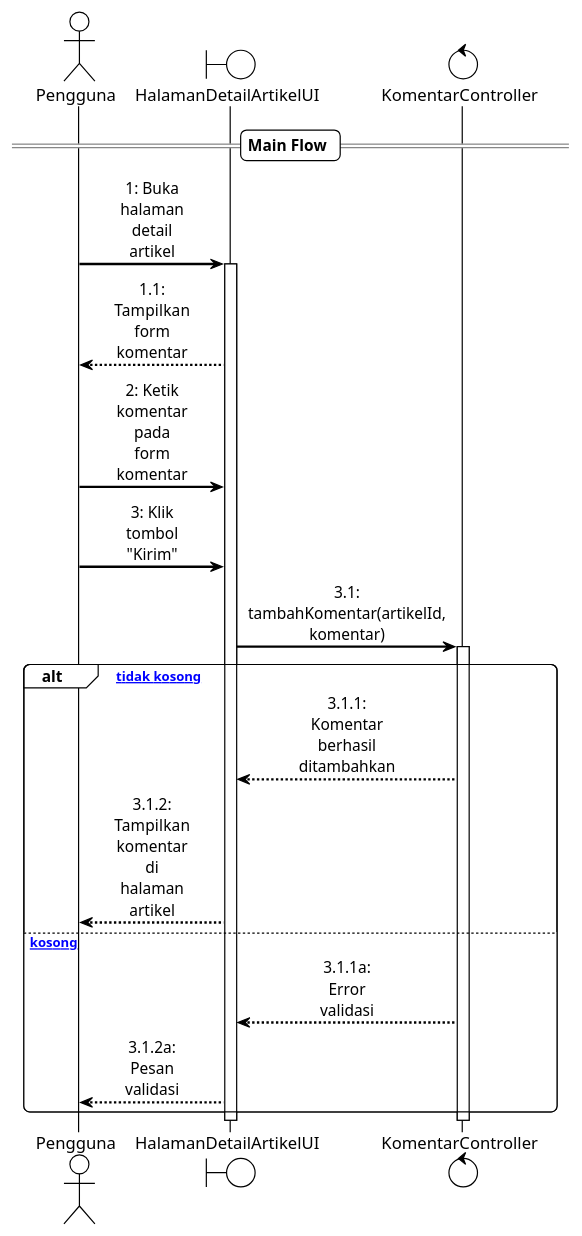
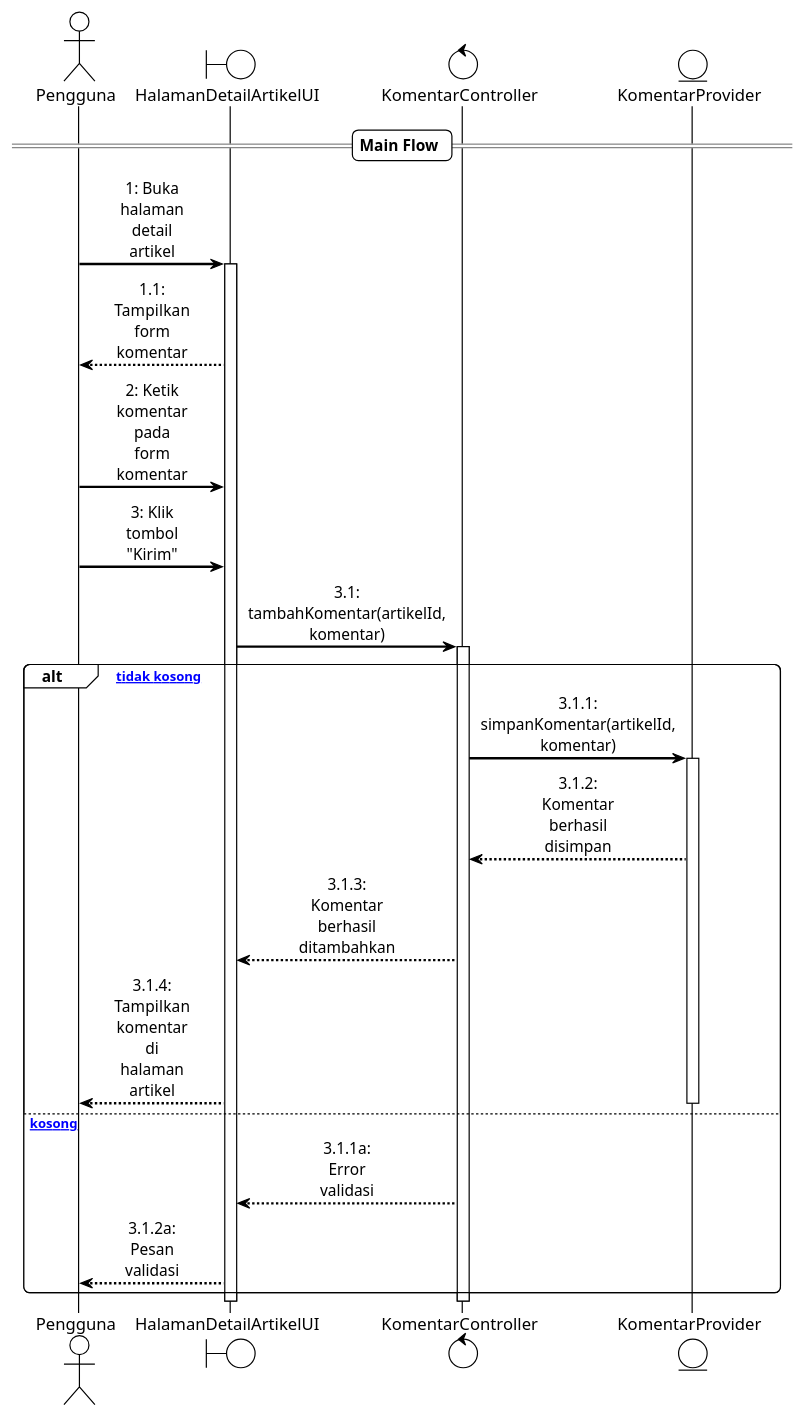
One commit to habstrakT808/PABERLAND---Platform-penulis-indonesia changed the diagram in docs/diagrams/sequence/Sequence_Diagram_Komentar_Artikel.puml. Above: the diagram before and after it, drawn with PlantUML. The commit also changed 31 other files, not shown here.

Commit message:
Perbaikan performa: optimasi search API dan halaman kategori - Fix search API timeout dengan menghapus pencarian di kolom content - Optimasi halaman kategori dengan parallel queries - Perbaikan error handling untuk empty error objects - Update dokumentasi dan diagram

```diff
--- a/docs/diagrams/sequence/Sequence_Diagram_Komentar_Artikel.puml
+++ b/docs/diagrams/sequence/Sequence_Diagram_Komentar_Artikel.puml
@@ -1,34 +1,39 @@
 @startuml
 !theme plain
 skinparam sequenceMessageAlign center
 skinparam sequenceArrowThickness 2
 skinparam roundcorner 10
 skinparam maxmessagesize 60
 
 actor Pengguna as User
 boundary HalamanDetailArtikelUI as ArtikelUI
 control KomentarController as Controller
+entity KomentarProvider as Komentar
 
 == Main Flow ==
 
 User -> ArtikelUI : 1: Buka halaman detail artikel
 activate ArtikelUI
 ArtikelUI --> User : 1.1: Tampilkan form komentar
 
 User -> ArtikelUI : 2: Ketik komentar pada form komentar
 User -> ArtikelUI : 3: Klik tombol "Kirim"
 ArtikelUI -> Controller : 3.1: tambahKomentar(artikelId, komentar)
 activate Controller
 
 alt [Komentar tidak kosong]
-    Controller --> ArtikelUI : 3.1.1: Komentar berhasil ditambahkan
-    ArtikelUI --> User : 3.1.2: Tampilkan komentar di halaman artikel
+    Controller -> Komentar : 3.1.1: simpanKomentar(artikelId, komentar)
+    activate Komentar
+    Komentar --> Controller : 3.1.2: Komentar berhasil disimpan
+    Controller --> ArtikelUI : 3.1.3: Komentar berhasil ditambahkan
+    ArtikelUI --> User : 3.1.4: Tampilkan komentar di halaman artikel
+    deactivate Komentar
 else [Komentar kosong]
     Controller --> ArtikelUI : 3.1.1a: Error validasi
     ArtikelUI --> User : 3.1.2a: Pesan validasi
 end
 
 deactivate Controller
 deactivate ArtikelUI
 
 @enduml
```
